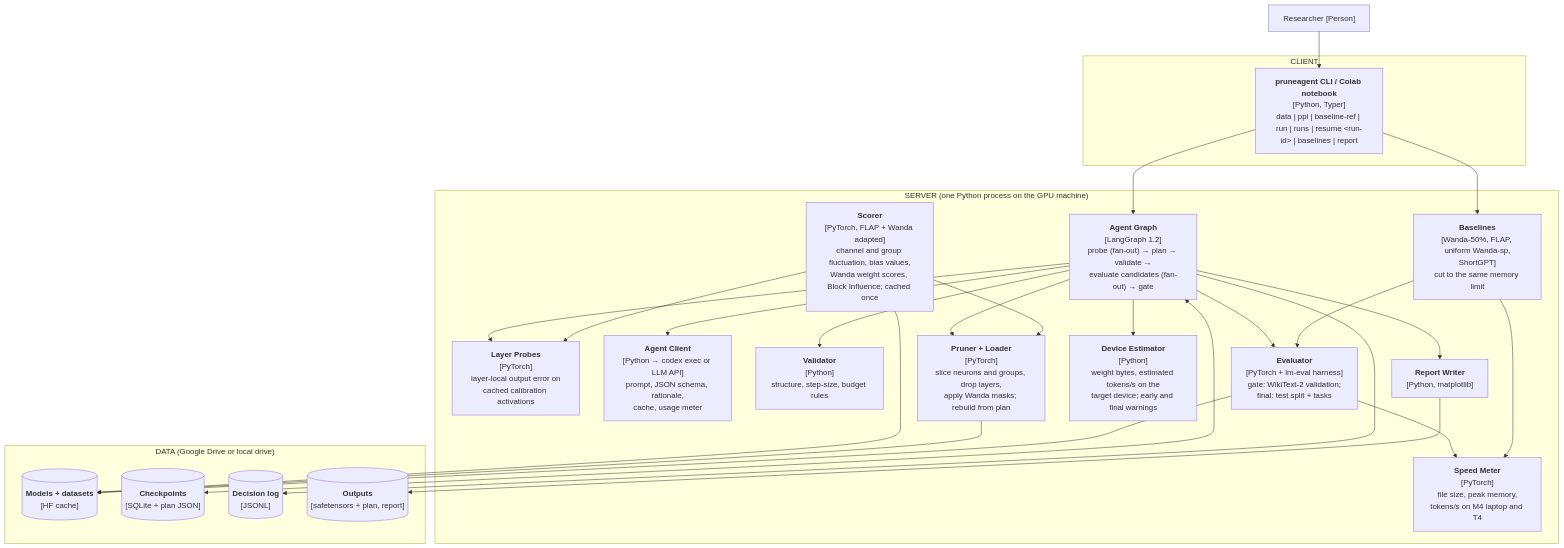
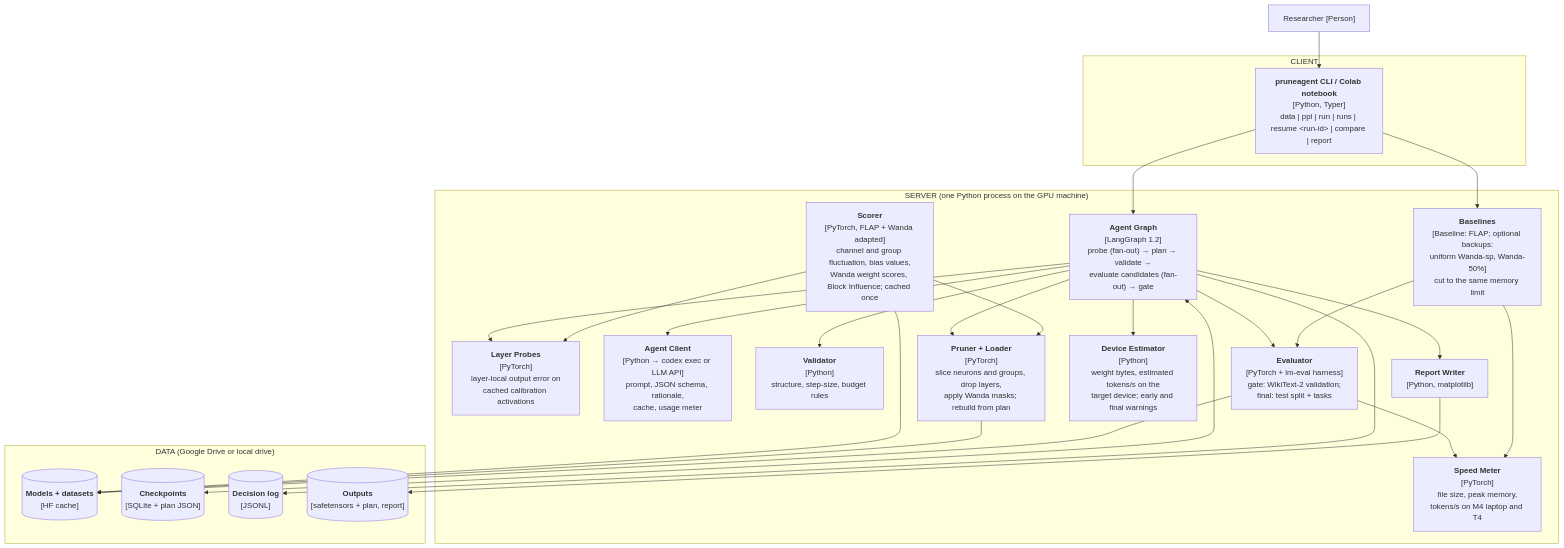
The second of 4 diagrams in ARCHITECTURE.md (stephxu96/pruneagent), drawn with Mermaid before and after one commit. The commit also changed other lines of this file and 17 other files, not shown here.

First line of the commit message:
Architecture v0.8: Baseline: FLAP at the same memory limit

````diff
--- a/ARCHITECTURE.md
+++ b/ARCHITECTURE.md
@@ -184,39 +186,39 @@
 ```mermaid
 flowchart TB
     U["Researcher [Person]"]
 
     subgraph CLIENT["CLIENT"]
-        CLI["<b>pruneagent CLI / Colab notebook</b><br/>[Python, Typer]<br/>data | ppl | baseline-ref | run | runs | resume &lt;run-id&gt; | baselines | report"]
+        CLI["<b>pruneagent CLI / Colab notebook</b><br/>[Python, Typer]<br/>data | ppl | run | runs | resume &lt;run-id&gt; | compare | report"]
     end
 
     subgraph SERVER["SERVER (one Python process on the GPU machine)"]
         LG["<b>Agent Graph</b><br/>[LangGraph 1.2]<br/>probe (fan-out) → plan → validate →<br/>evaluate candidates (fan-out) → gate"]
         SC["<b>Scorer</b><br/>[PyTorch, FLAP + Wanda adapted]<br/>channel and group fluctuation, bias values,<br/>Wanda weight scores, Block Influence; cached once"]
         PB["<b>Layer Probes</b><br/>[PyTorch]<br/>layer-local output error on<br/>cached calibration activations"]
         AG["<b>Agent Client</b><br/>[Python → codex exec or LLM API]<br/>prompt, JSON schema, rationale,<br/>cache, usage meter"]
         VA["<b>Validator</b><br/>[Python]<br/>structure, step-size, budget rules"]
         PN["<b>Pruner + Loader</b><br/>[PyTorch]<br/>slice neurons and groups, drop layers,<br/>apply Wanda masks; rebuild from plan"]
         EV["<b>Evaluator</b><br/>[PyTorch + lm-eval harness]<br/>gate: WikiText-2 validation;<br/>final: test split + tasks"]
         DE["<b>Device Estimator</b><br/>[Python]<br/>weight bytes, estimated tokens/s on the<br/>target device; early and final warnings"]
         MM["<b>Speed Meter</b><br/>[PyTorch]<br/>file size, peak memory,<br/>tokens/s on M4 laptop and T4"]
-        BL["<b>Baselines</b><br/>[Wanda-50%, FLAP, uniform Wanda-sp,<br/>ShortGPT]<br/>cut to the same memory limit"]
+        BL["<b>Baselines</b><br/>[Baseline: FLAP; optional backups:<br/>uniform Wanda-sp, Wanda-50%]<br/>cut to the same memory limit"]
         RP["<b>Report Writer</b><br/>[Python, matplotlib]"]
     end
 
     subgraph DATA["DATA (Google Drive or local drive)"]
         MD[("<b>Models + datasets</b><br/>[HF cache]")]
         CK[("<b>Checkpoints</b><br/>[SQLite + plan JSON]")]
         LOG[("<b>Decision log</b><br/>[JSONL]")]
         OUT[("<b>Outputs</b><br/>[safetensors + plan, report]")]
     end
 
     U --> CLI --> LG
     LG --> PB & AG & VA & PN & EV & DE
     SC --> PB & PN
     CLI --> BL --> EV
     EV & BL --> MM
     LG --> RP --> OUT
     SC & PN & EV --> MD
     LG <--> CK
     LG --> LOG
 ```
````
